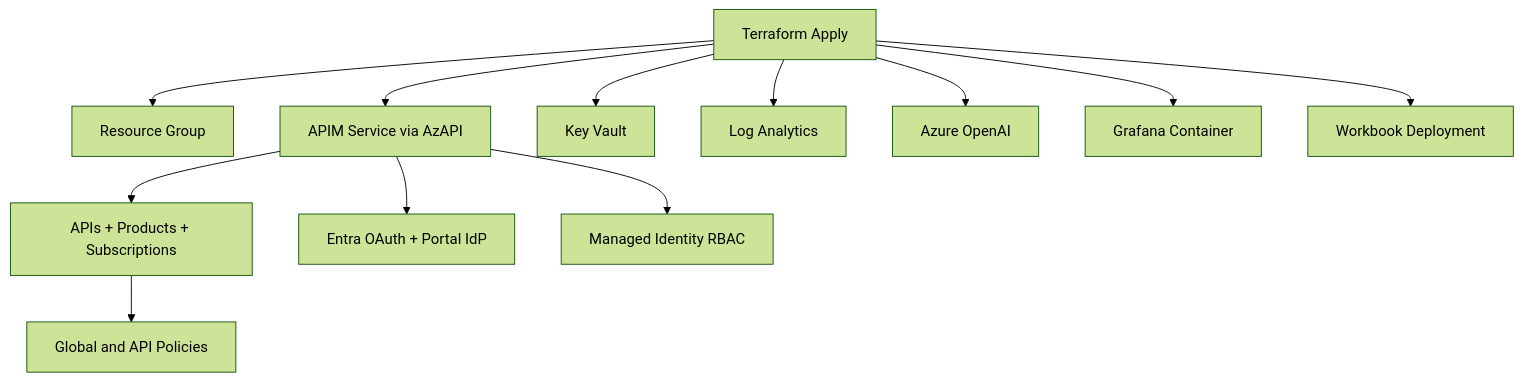
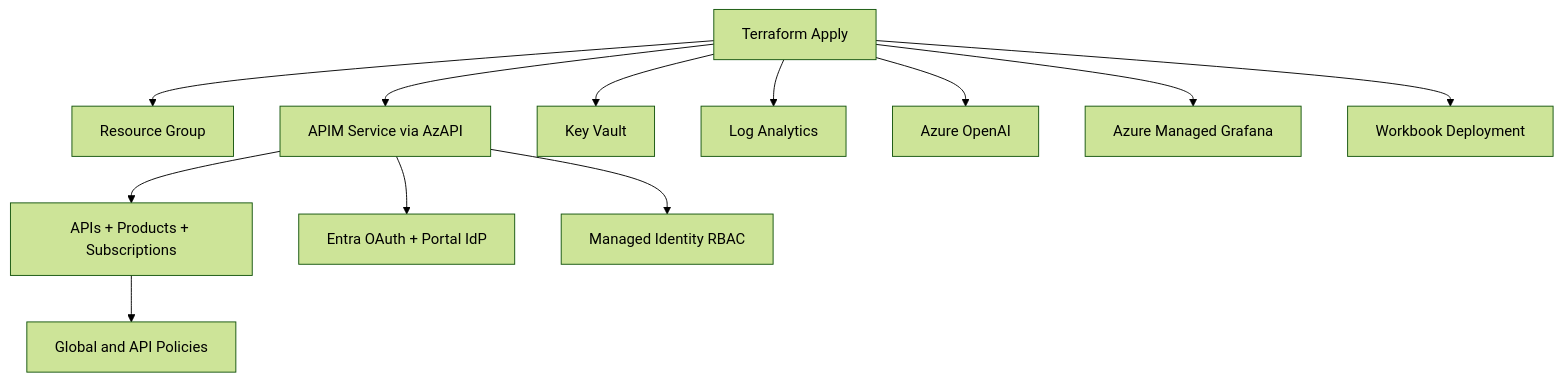
One commit to aionic/APIM-Demo changed the second of 3 diagrams in docs/architecture.md. Above: the diagram before and after it, drawn with Mermaid (forest theme). The commit also changed other lines of this file and 24 other files, not shown here.

````diff
--- a/docs/architecture.md
+++ b/docs/architecture.md
@@ -28,15 +28,15 @@
 ```mermaid
 flowchart TD
     TF[Terraform Apply] --> RG[Resource Group]
     TF --> APIM[APIM Service via AzAPI]
     TF --> KV[Key Vault]
     TF --> LAW[Log Analytics]
     TF --> AOAI[Azure OpenAI]
-    TF --> GRAFANA[Grafana Container]
+    TF --> GRAFANA[Azure Managed Grafana]
     TF --> WB[Workbook Deployment]
 
     APIM --> APIS[APIs + Products + Subscriptions]
     APIM --> OAuth[Entra OAuth + Portal IdP]
     APIM --> RBAC[Managed Identity RBAC]
     APIS --> POL[Global and API Policies]
 ```
````
